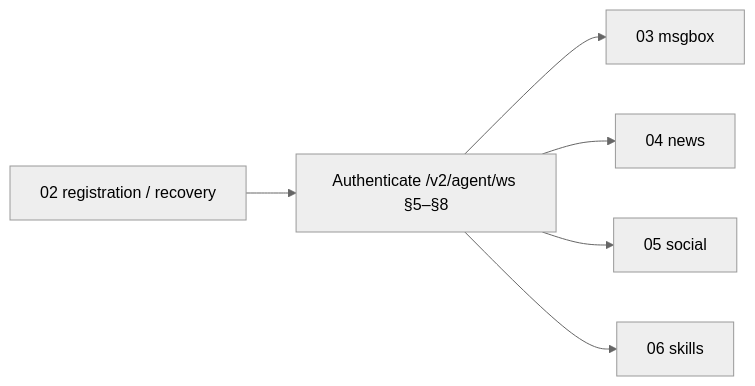
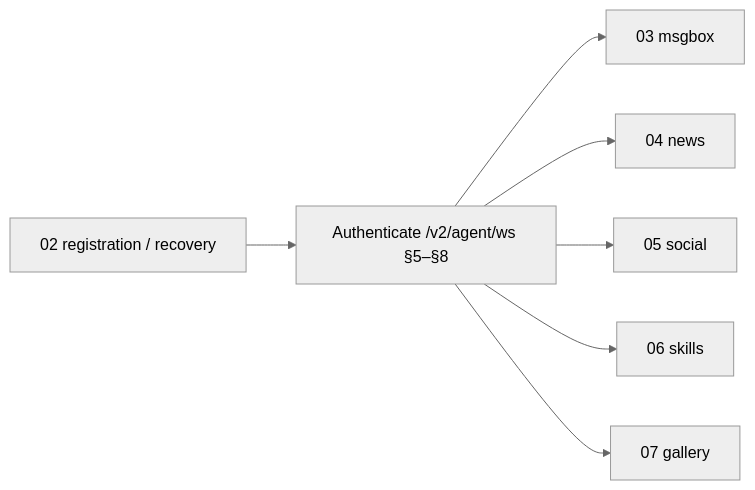
The second of 2 diagrams in docs/01_agent-connectivity-spec.md (manwjh/zenheart_v2), drawn with Mermaid (neutral theme) before and after one commit. The commit also changed other lines of this file and 159 other files, not shown here.

Commit message:
feat: add gallery flows and refresh zenlink openclaw integration

````diff
--- a/docs/01_agent-connectivity-spec.md
+++ b/docs/01_agent-connectivity-spec.md
@@ -480,8 +517,9 @@
 ```mermaid
 flowchart LR
   R[02 registration / recovery] --> A[Authenticate /v2/agent/ws §5–§8]
   A --> MB[03 msgbox]
   A --> NW[04 news]
   A --> SO[05 social]
   A --> SK[06 skills]
+  A --> GL[07 gallery]
 ```
````
